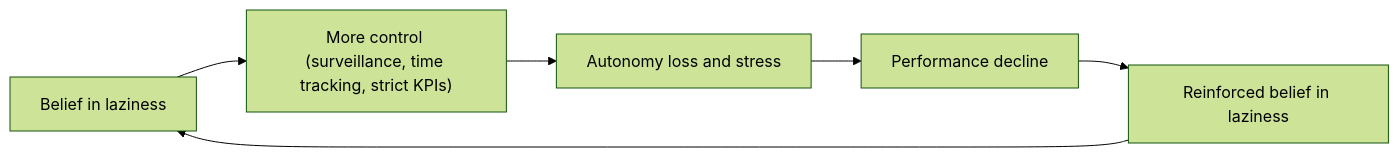
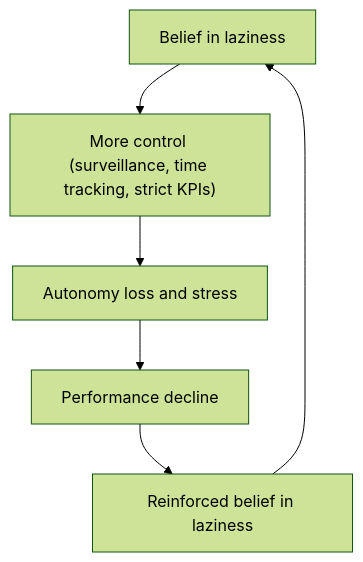
The diagram in research/laziness.md (BeyondQuality/beyondquality), drawn with Mermaid (forest theme) before and after one commit.

Commit message:
Try and reformat mermaid diagram with feedback loop

````diff
--- a/research/laziness.md
+++ b/research/laziness.md
@@ -37,8 +37,8 @@
 ```mermaid
-flowchart LR
+flowchart TB
   A["Belief in laziness"] --> B["More control (surveillance, time tracking, strict KPIs)"]
   B --> C["Autonomy loss and stress"]
   C --> D["Performance decline"]
   D --> E["Reinforced belief in laziness"]
   E --> A
 ```
````
